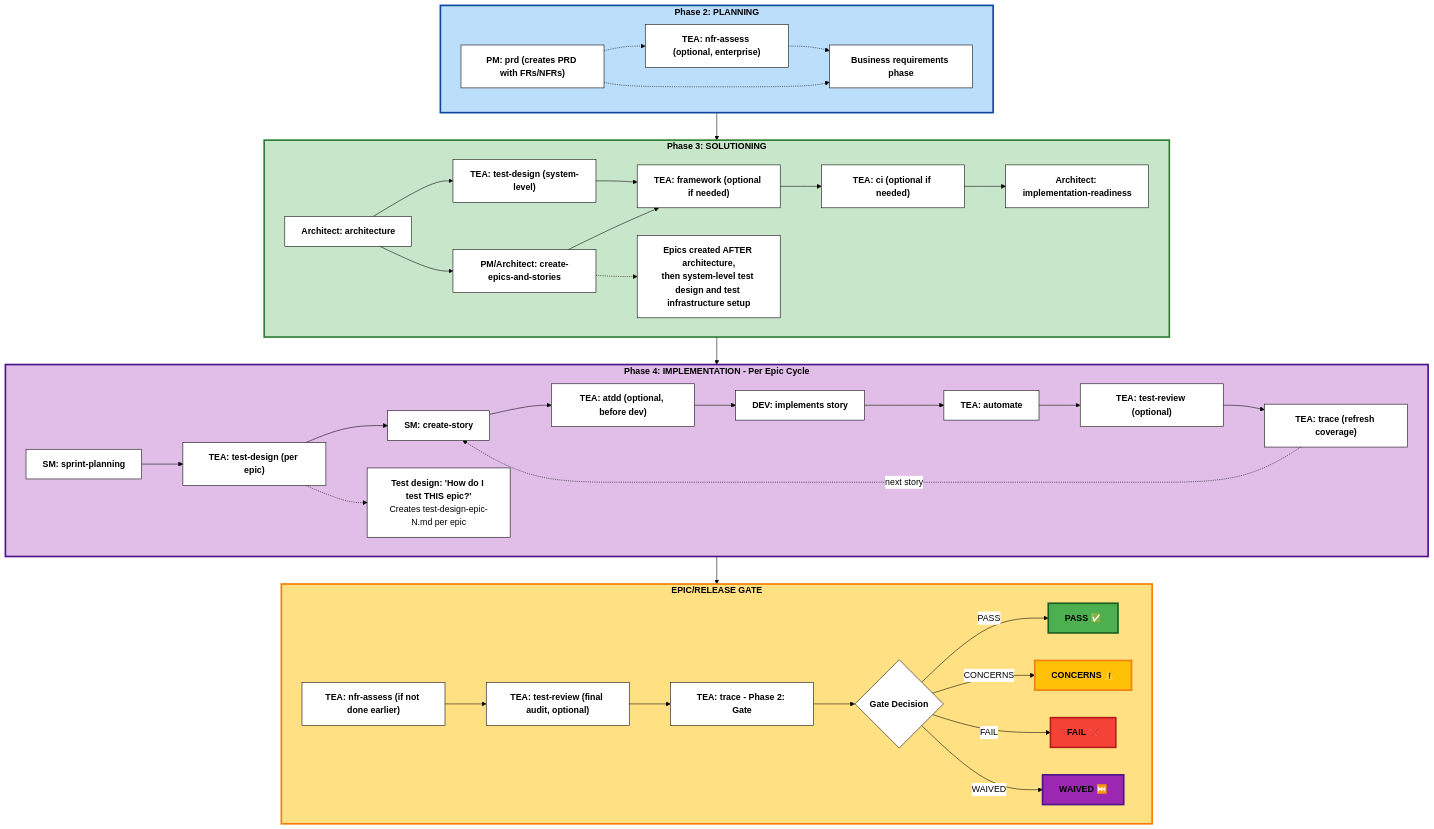
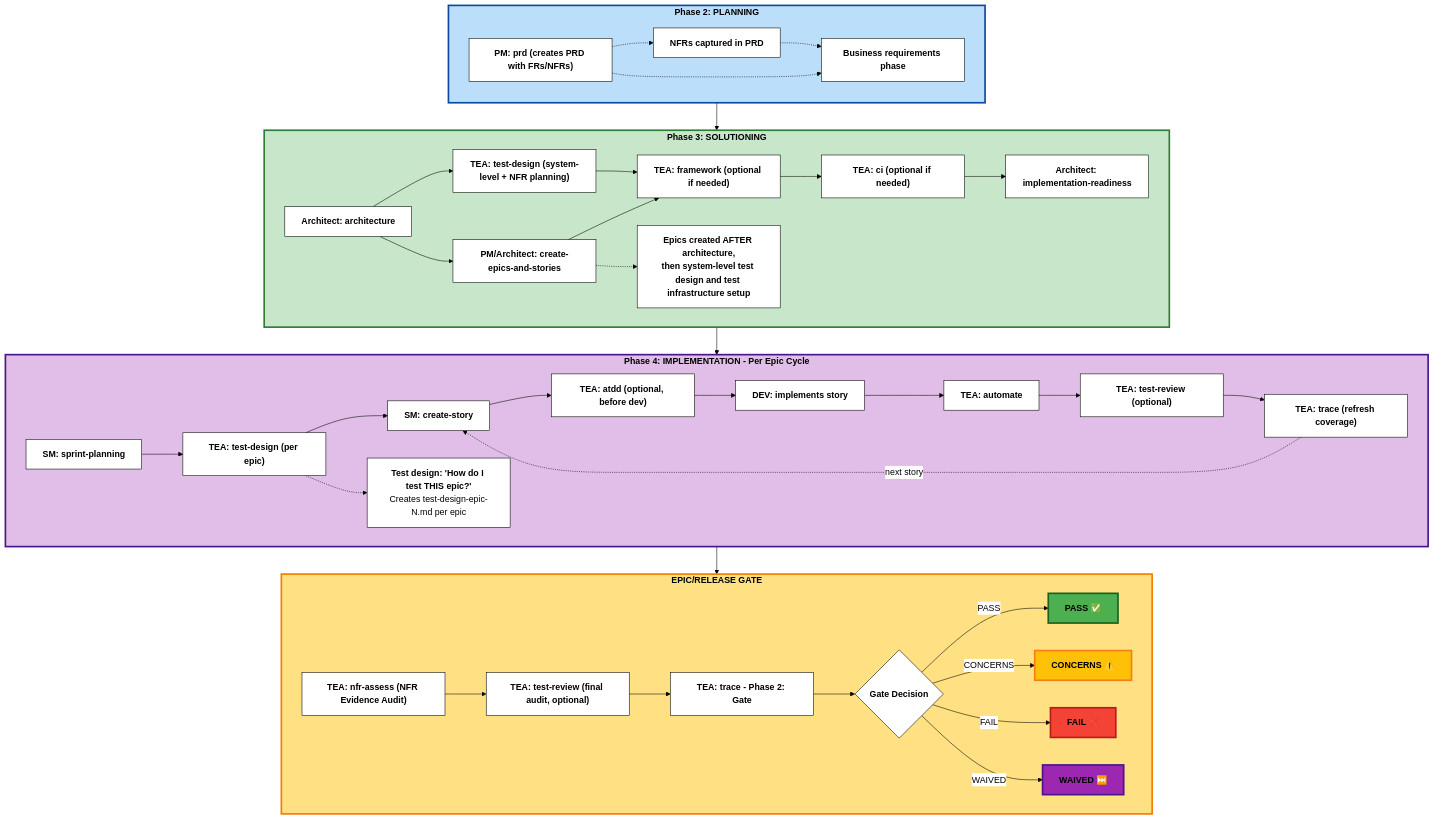
Before and after one commit to mayafit/AI_Agents: the diagram in lib/bmad-cache/tea/docs/explanation/tea-overview.md, drawn with Mermaid. The commit also changed other lines of this file and 512 other files, not shown here.

````diff
--- a/lib/bmad-cache/tea/docs/explanation/tea-overview.md
+++ b/lib/bmad-cache/tea/docs/explanation/tea-overview.md
@@ -90,79 +106,79 @@
 ```mermaid
 %%{init: {'theme':'base', 'themeVariables': { 'primaryColor':'#fff','primaryTextColor':'#000','primaryBorderColor':'#000','lineColor':'#000','secondaryColor':'#fff','tertiaryColor':'#fff','fontSize':'16px','fontFamily':'arial'}}}%%
 graph TB
     subgraph Phase2["<b>Phase 2: PLANNING</b>"]
         PM["<b>PM: prd (creates PRD with FRs/NFRs)</b>"]
         PlanNote["<b>Business requirements phase</b>"]
-        NFR2["<b>TEA: nfr-assess (optional, enterprise)</b>"]
+        NFR2["<b>NFRs captured in PRD</b>"]
         PM -.-> NFR2
         NFR2 -.-> PlanNote
         PM -.-> PlanNote
     end
 
     subgraph Phase3["<b>Phase 3: SOLUTIONING</b>"]
         Architecture["<b>Architect: architecture</b>"]
         EpicsStories["<b>PM/Architect: create-epics-and-stories</b>"]
-        TestDesignSys["<b>TEA: test-design (system-level)</b>"]
+        TestDesignSys["<b>TEA: test-design (system-level + NFR planning)</b>"]
         Framework["<b>TEA: framework (optional if needed)</b>"]
         CI["<b>TEA: ci (optional if needed)</b>"]
         GateCheck["<b>Architect: implementation-readiness</b>"]
         Architecture --> EpicsStories
         Architecture --> TestDesignSys
         TestDesignSys --> Framework
         EpicsStories --> Framework
         Framework --> CI
         CI --> GateCheck
         Phase3Note["<b>Epics created AFTER architecture,</b><br/><b>then system-level test design and test infrastructure setup</b>"]
         EpicsStories -.-> Phase3Note
     end
 
     subgraph Phase4["<b>Phase 4: IMPLEMENTATION - Per Epic Cycle</b>"]
         SprintPlan["<b>SM: sprint-planning</b>"]
         TestDesign["<b>TEA: test-design (per epic)</b>"]
         CreateStory["<b>SM: create-story</b>"]
         ATDD["<b>TEA: atdd (optional, before dev)</b>"]
         DevImpl["<b>DEV: implements story</b>"]
         Automate["<b>TEA: automate</b>"]
         TestReview1["<b>TEA: test-review (optional)</b>"]
         Trace1["<b>TEA: trace (refresh coverage)</b>"]
 
         SprintPlan --> TestDesign
         TestDesign --> CreateStory
         CreateStory --> ATDD
         ATDD --> DevImpl
         DevImpl --> Automate
         Automate --> TestReview1
         TestReview1 --> Trace1
         Trace1 -.->|next story| CreateStory
         TestDesignNote["<b>Test design: 'How do I test THIS epic?'</b><br/>Creates test-design-epic-N.md per epic"]
         TestDesign -.-> TestDesignNote
     end
 
     subgraph Gate["<b>EPIC/RELEASE GATE</b>"]
-        NFR["<b>TEA: nfr-assess (if not done earlier)</b>"]
+        NFR["<b>TEA: nfr-assess (NFR Evidence Audit)</b>"]
         TestReview2["<b>TEA: test-review (final audit, optional)</b>"]
         TraceGate["<b>TEA: trace - Phase 2: Gate</b>"]
         GateDecision{"<b>Gate Decision</b>"}
 
         NFR --> TestReview2
         TestReview2 --> TraceGate
         TraceGate --> GateDecision
         GateDecision -->|PASS| Pass["<b>PASS ✅</b>"]
         GateDecision -->|CONCERNS| Concerns["<b>CONCERNS ⚠️</b>"]
         GateDecision -->|FAIL| Fail["<b>FAIL ❌</b>"]
         GateDecision -->|WAIVED| Waived["<b>WAIVED ⏭️</b>"]
     end
 
     Phase2 --> Phase3
     Phase3 --> Phase4
     Phase4 --> Gate
 
     style Phase2 fill:#bbdefb,stroke:#0d47a1,stroke-width:3px,color:#000
     style Phase3 fill:#c8e6c9,stroke:#2e7d32,stroke-width:3px,color:#000
     style Phase4 fill:#e1bee7,stroke:#4a148c,stroke-width:3px,color:#000
     style Gate fill:#ffe082,stroke:#f57c00,stroke-width:3px,color:#000
     style Pass fill:#4caf50,stroke:#1b5e20,stroke-width:3px,color:#000
     style Concerns fill:#ffc107,stroke:#f57f17,stroke-width:3px,color:#000
     style Fail fill:#f44336,stroke:#b71c1c,stroke-width:3px,color:#000
     style Waived fill:#9c27b0,stroke:#4a148c,stroke-width:3px,color:#000
 ```
````
